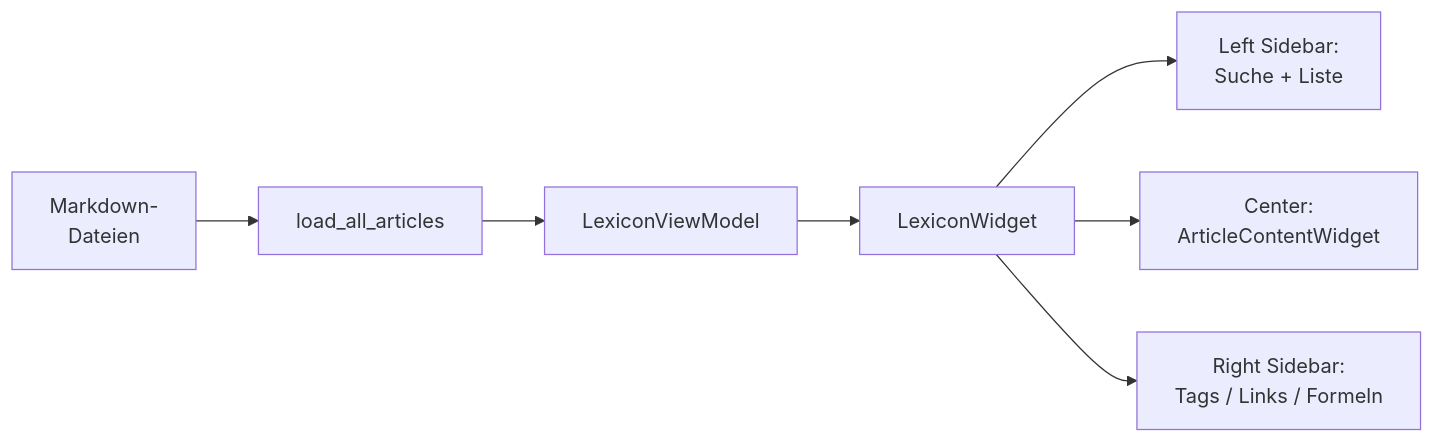
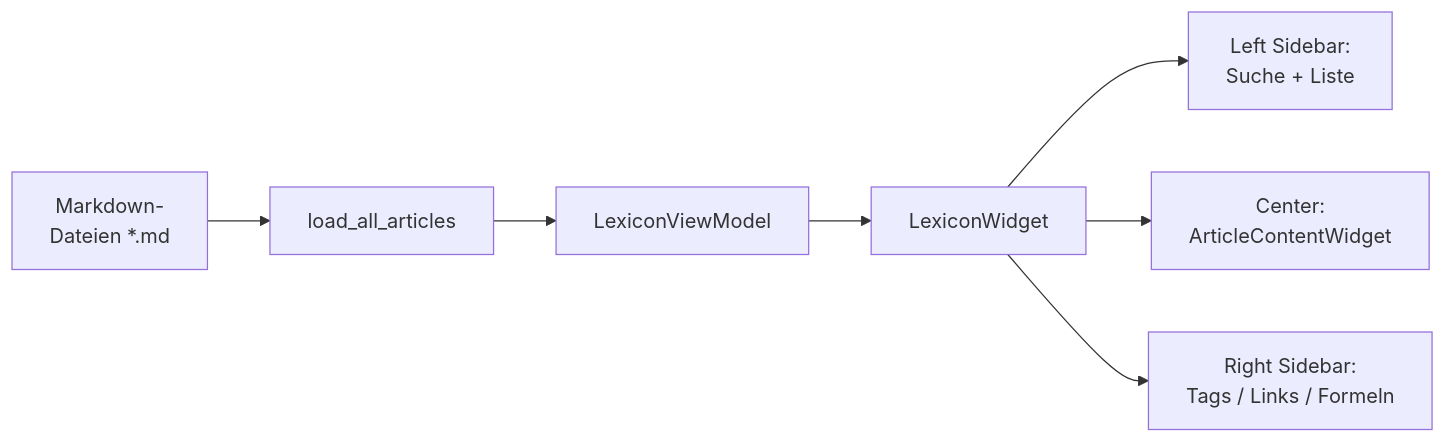
The first of 8 diagrams in docs/lexikon.md (Alvarbolliger-create/Elektroniker-Lexikon), drawn with Mermaid before and after one commit. The commit also changed other lines of this file and 37 other files, not shown here.

````diff
--- a/docs/lexikon.md
+++ b/docs/lexikon.md
@@ -10,9 +10,9 @@
 ```mermaid
 flowchart LR
-    MD[Markdown-<br/>Dateien] --> Loader[load_all_articles]
+    MD[Markdown-<br/>Dateien *.md] --> Loader[load_all_articles]
     Loader --> VM[LexiconViewModel]
     VM --> Win[LexiconWidget]
     Win --> L[Left Sidebar:<br/>Suche + Liste]
     Win --> C[Center:<br/>ArticleContentWidget]
     Win --> R[Right Sidebar:<br/>Tags / Links / Formeln]
 ```
````
